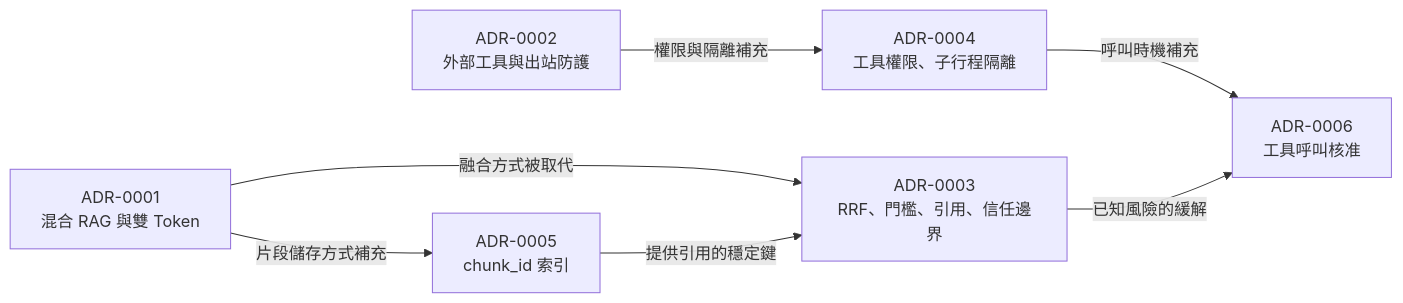
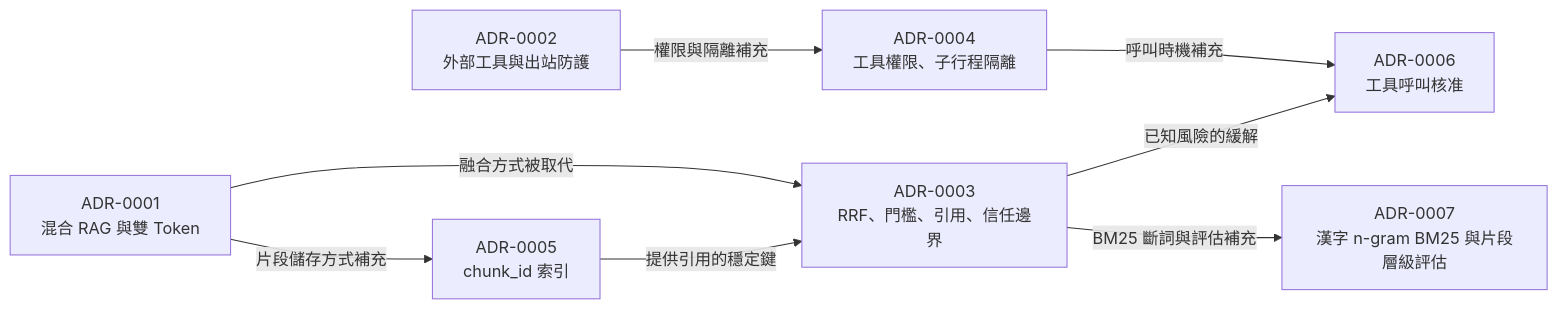
The diagram in docs/adr/README.md (Scorpio-meow/AskMiao), drawn with Mermaid before and after one commit. The commit also changed other lines of this file and 163 other files, not shown here.

````diff
--- a/docs/adr/README.md
+++ b/docs/adr/README.md
@@ -20,9 +21,10 @@
 ```mermaid
 flowchart LR
     A1["ADR-0001<br/>混合 RAG 與雙 Token"] -->|融合方式被取代| A3["ADR-0003<br/>RRF、門檻、引用、信任邊界"]
     A1 -->|片段儲存方式補充| A5["ADR-0005<br/>chunk_id 索引"]
     A5 -->|提供引用的穩定鍵| A3
     A2["ADR-0002<br/>外部工具與出站防護"] -->|權限與隔離補充| A4["ADR-0004<br/>工具權限、子行程隔離"]
     A4 -->|呼叫時機補充| A6["ADR-0006<br/>工具呼叫核准"]
     A3 -->|已知風險的緩解| A6
+    A3 -->|BM25 斷詞與評估補充| A7["ADR-0007<br/>漢字 n-gram BM25 與片段層級評估"]
 ```
````
